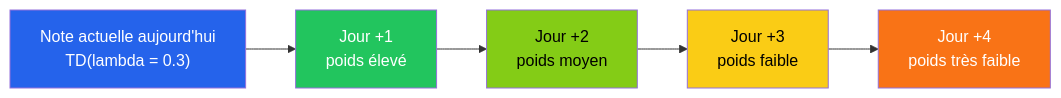
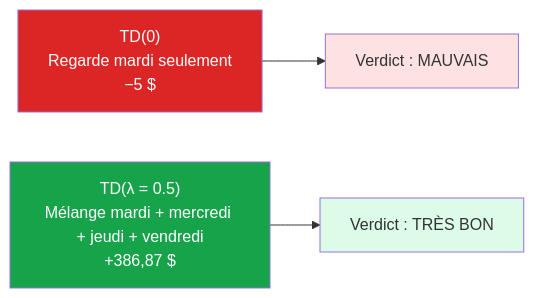
The third of 4 diagrams in 17-Chapitre17-Theorie-TD-Learning-Complet.md (inskillflow/apprentissage-par-renforcement-fr), drawn with Mermaid before and after one commit. The commit also changed other lines of this file, not shown here.

````diff
--- a/17-Chapitre17-Theorie-TD-Learning-Complet.md
+++ b/17-Chapitre17-Theorie-TD-Learning-Complet.md
@@ -845,12 +1941,9 @@
 ```mermaid
 flowchart LR
-    A["Note actuelle aujourd'hui<br/>TD(lambda = 0.3)"] --> J1["Jour +1<br/>poids élevé"]
-    J1 --> J2["Jour +2<br/>poids moyen"]
-    J2 --> J3["Jour +3<br/>poids faible"]
-    J3 --> J4["Jour +4<br/>poids très faible"]
-    style A fill:#2563eb,color:#fff
-    style J1 fill:#22c55e,color:#fff
-    style J2 fill:#84cc16,color:#000
-    style J3 fill:#facc15,color:#000
-    style J4 fill:#f97316,color:#fff
+    TD0["TD(0)<br/>Regarde mardi seulement<br/>−5 $"] --> CONCL0["Verdict : MAUVAIS"]
+    TDL["TD(λ = 0.5)<br/>Mélange mardi + mercredi + jeudi + vendredi<br/>+386,87 $"] --> CONCLL["Verdict : TRÈS BON"]
+    style TD0 fill:#dc2626,color:#fff
+    style TDL fill:#16a34a,color:#fff
+    style CONCL0 fill:#fee2e2
+    style CONCLL fill:#dcfce7
 ```
````
